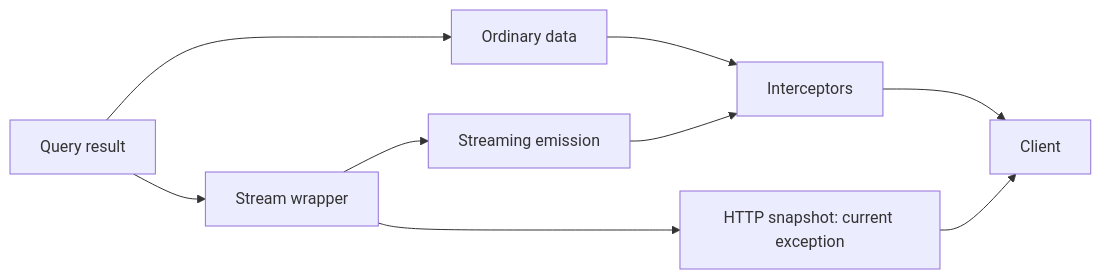
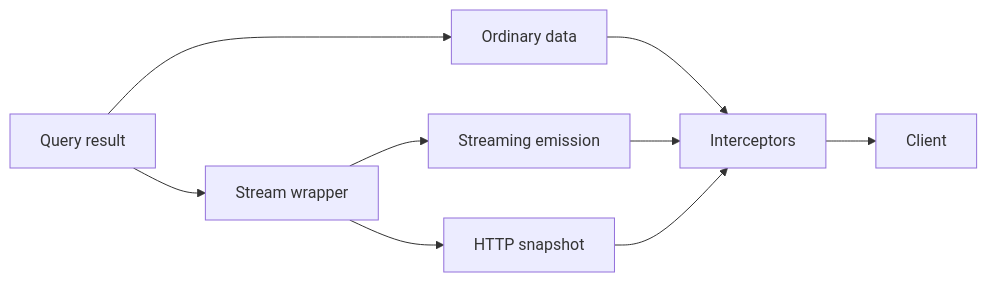
Before and after one commit to Cratis/Arc: the diagram in Documentation/backend/csharp/queries/read-model-interception.md, drawn with Mermaid. The commit also changed other lines of this file and 30 other files, not shown here.

````diff
--- a/Documentation/backend/csharp/queries/read-model-interception.md
+++ b/Documentation/backend/csharp/queries/read-model-interception.md
@@ -23,11 +23,11 @@
 ```mermaid
 flowchart LR
     Query[Query result] --> Ordinary[Ordinary data]
     Ordinary --> Interceptor[Interceptors]
     Query --> Stream[Stream wrapper]
     Stream --> Emission[Streaming emission]
     Emission --> Interceptor
-    Stream --> Snapshot[HTTP snapshot: current exception]
+    Stream --> Snapshot[HTTP snapshot]
+    Snapshot --> Interceptor
     Interceptor --> Client[Client]
-    Snapshot --> Client
 ```
````
